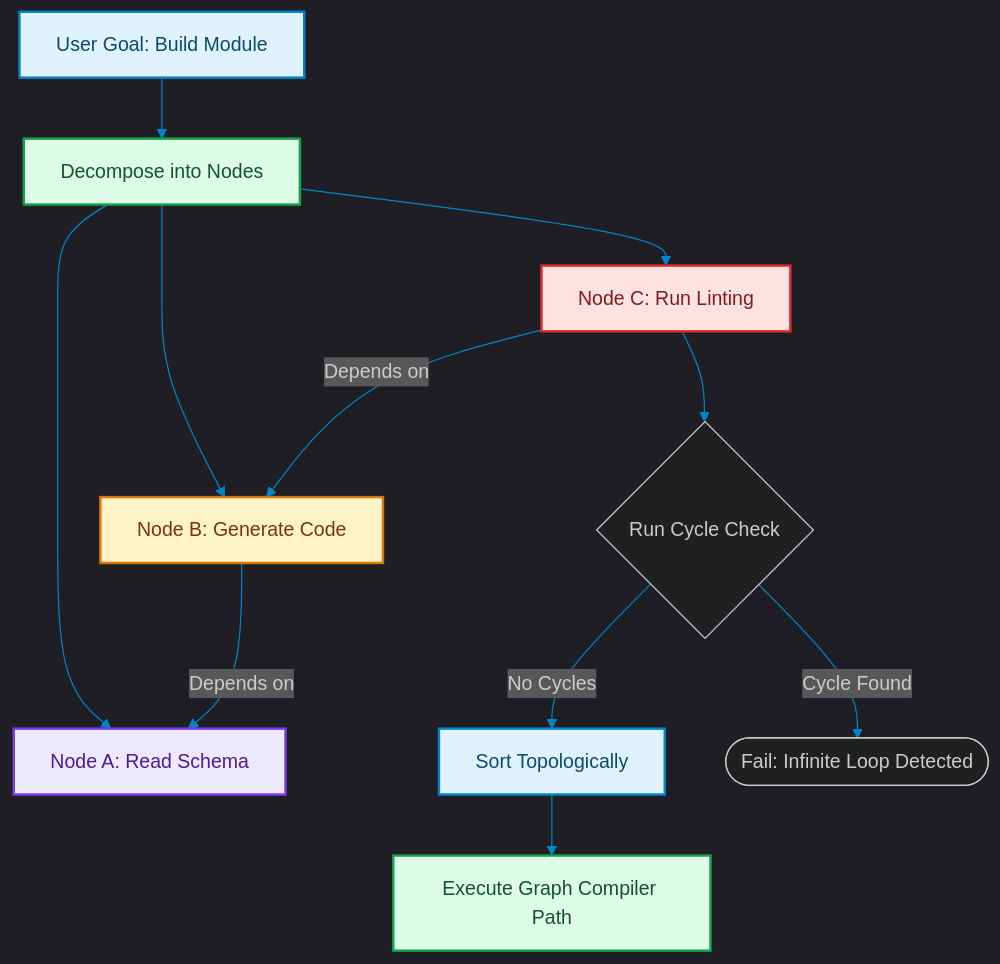
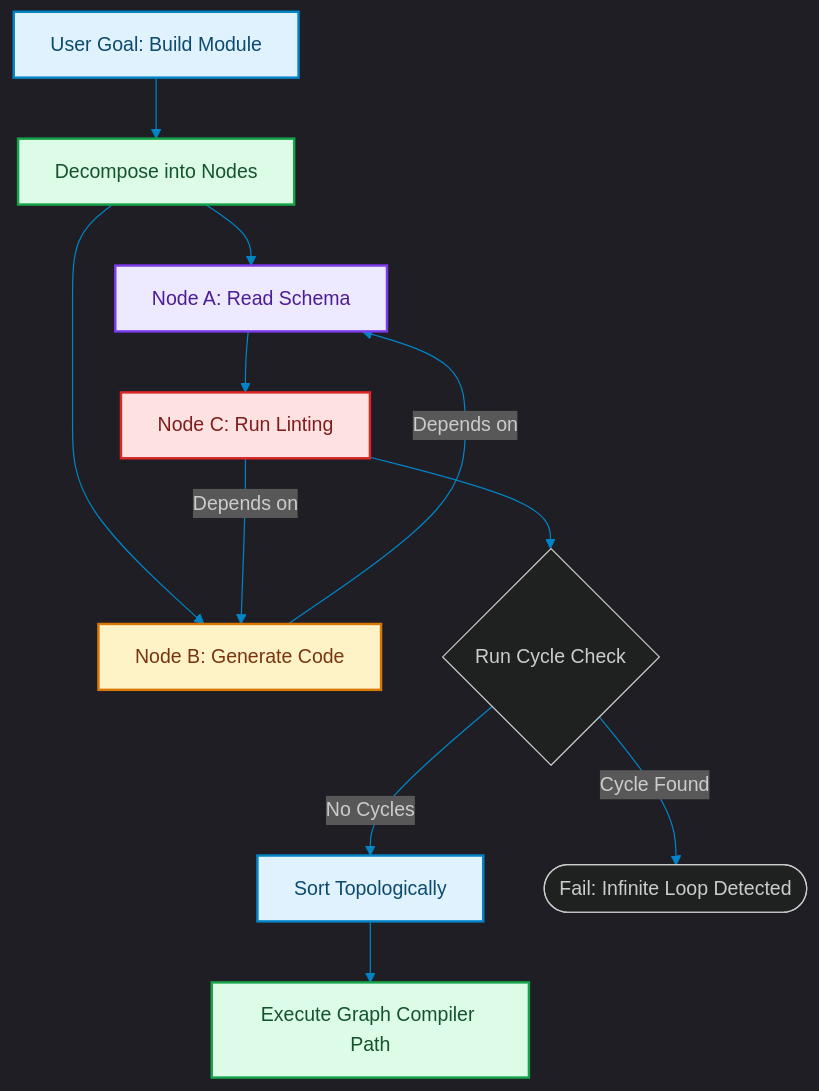
One commit to akmalkhaniub/akmalkhaniub.github.io changed the diagram in blog/posts/orchestration-dag-compilation-goal-decomposition.md. Above: the diagram before and after it, drawn with Mermaid. The commit also changed other lines of this file and 894 other files, not shown here.

Commit message:
feat(blog): upgrade all 444 posts with unique staggered dates, 2-col Mermaid spines, benchmark tables, code blocks, and trade-offs

````diff
--- a/blog/posts/orchestration-dag-compilation-goal-decomposition.md
+++ b/blog/posts/orchestration-dag-compilation-goal-decomposition.md
@@ -16,29 +16,29 @@
 ```mermaid
 %%{init: {'theme': 'dark', 'themeVariables': { 'primaryColor': '#0284c7', 'primaryTextColor': '#f3f4f6', 'primaryBorderColor': '#38bdf8', 'lineColor': '#0284c7', 'secondaryColor': '#111827', 'tertiaryColor': '#0b0f19'}}}%%
 flowchart TD
     Goal["User Goal: Build Module"] --> Parse["Decompose into Nodes"]
     
     Parse --> NodeA["Node A: Read Schema"]
     Parse --> NodeB["Node B: Generate Code"]
-    Parse --> NodeC["Node C: Run Linting"]
+    NodeA --> NodeC["Node C: Run Linting"]
     
     NodeB -->|Depends on| NodeA
     NodeC -->|Depends on| NodeB
     
     NodeC --> Validate{Run Cycle Check}
     Validate -->|No Cycles| Sort["Sort Topologically"]
     Validate -->|Cycle Found| Error([Fail: Infinite Loop Detected])
     
     Sort --> Exec["Execute Graph Compiler Path"]
 
 classDef green fill:#dcfce7,stroke:#16a34a,stroke-width:2px,color:#14532d;
 classDef red fill:#fee2e2,stroke:#dc2626,stroke-width:2px,color:#7f1d1d;
 classDef blue fill:#e0f2fe,stroke:#0284c7,stroke-width:2px,color:#0c4a6e;
 classDef yellow fill:#fef3c7,stroke:#d97706,stroke-width:2px,color:#78350f;
 classDef purple fill:#ede9fe,stroke:#7c3aed,stroke-width:2px,color:#4c1d95;
 class Goal,Sort blue
 class Parse,Exec green
 class NodeA purple
 class NodeB yellow
 class NodeC red
 ```
````
